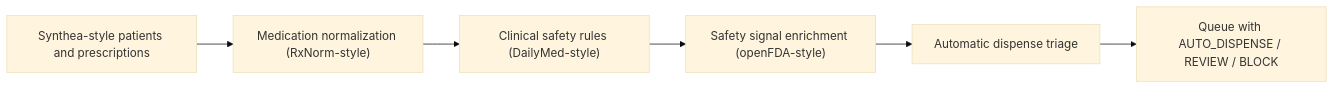
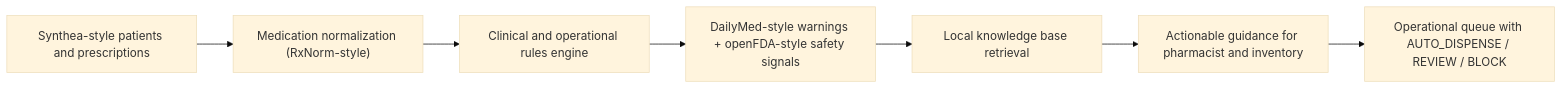
One commit to flaviagaia/ai-automatic-pharmacy-system changed the diagram in README.md. Above: the diagram before and after it, drawn with Mermaid (base theme). The commit also changed other lines of this file and 5 other files, not shown here.

````diff
--- a/README.md
+++ b/README.md
@@ -115,8 +244,9 @@
 ```mermaid
 flowchart LR
     A["Synthea-style patients and prescriptions"] --> B["Medication normalization (RxNorm-style)"]
-    B --> C["Clinical safety rules (DailyMed-style)"]
-    C --> D["Safety signal enrichment (openFDA-style)"]
-    D --> E["Automatic dispense triage"]
-    E --> F["Queue with AUTO_DISPENSE / REVIEW / BLOCK"]
+    B --> C["Clinical and operational rules engine"]
+    C --> D["DailyMed-style warnings + openFDA-style safety signals"]
+    D --> E["Local knowledge base retrieval"]
+    E --> F["Actionable guidance for pharmacist and inventory"]
+    F --> G["Operational queue with AUTO_DISPENSE / REVIEW / BLOCK"]
 ```
````
